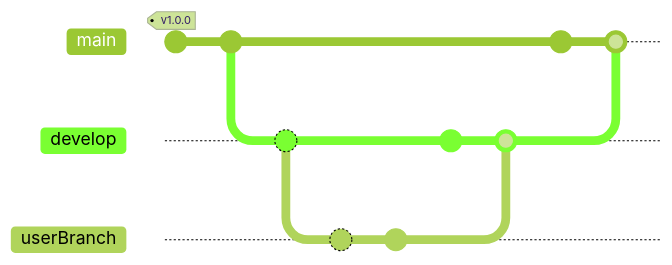
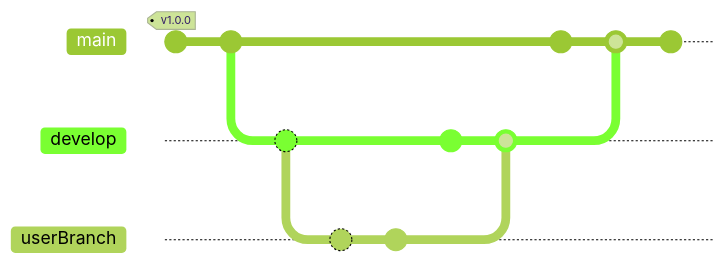
The second of 2 diagrams in README.md (TheNefelin/BootcApp), drawn with Mermaid (forest theme) before and after one commit. Commit ids are hidden.

Commit message:
Security in Grade List

````diff
--- a/README.md
+++ b/README.md
@@ -26,18 +26,19 @@
 ```mermaid
 gitGraph
     commit id: "init" tag: "v1.0.0"
     commit
     branch develop
     checkout develop
     commit id: "new develop branch"
     branch userBranch
     checkout userBranch
     commit id: "new user branch"
     commit id: "new modify"
     checkout develop
     commit id: "other modify"
     merge userBranch
     checkout main
     commit id: "other merge"
     merge develop
+    commit
 ```
````
